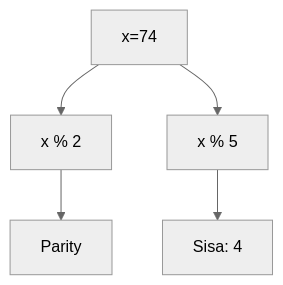
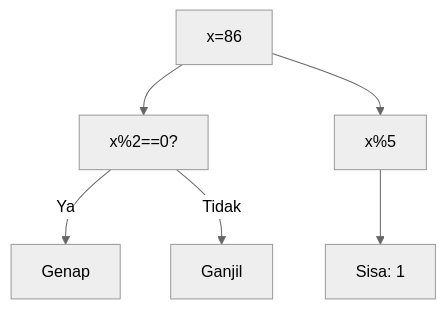
One commit to amnahwaida/OSNK_INF_PREP changed the sixth of 25 diagrams in part-c-pemahaman-cpp/06-bitwise/latihan/set-09.md. Above: the diagram before and after it, drawn with Mermaid (neutral theme). The commit also changed other lines of this file and 71 other files, not shown here.

Commit message:
Fixed Mermaid syntax lexical errors with quoted labels in 1,800 questions

````diff
--- a/part-c-pemahaman-cpp/06-bitwise/latihan/set-09.md
+++ b/part-c-pemahaman-cpp/06-bitwise/latihan/set-09.md
@@ -269,7 +178,8 @@
 ```mermaid
 graph TD
-A[x=74] --> B[x % 2]
-B --> C[Parity]
-A --> D[x % 5]
-D --> E[Sisa: 4]
+A["x=86"] --> B["x%2==0?"]
+B -- Ya --> C["Genap"]
+B -- Tidak --> D["Ganjil"]
+A --> E["x%5"]
+E --> F["Sisa: 1"]
 ```
````
